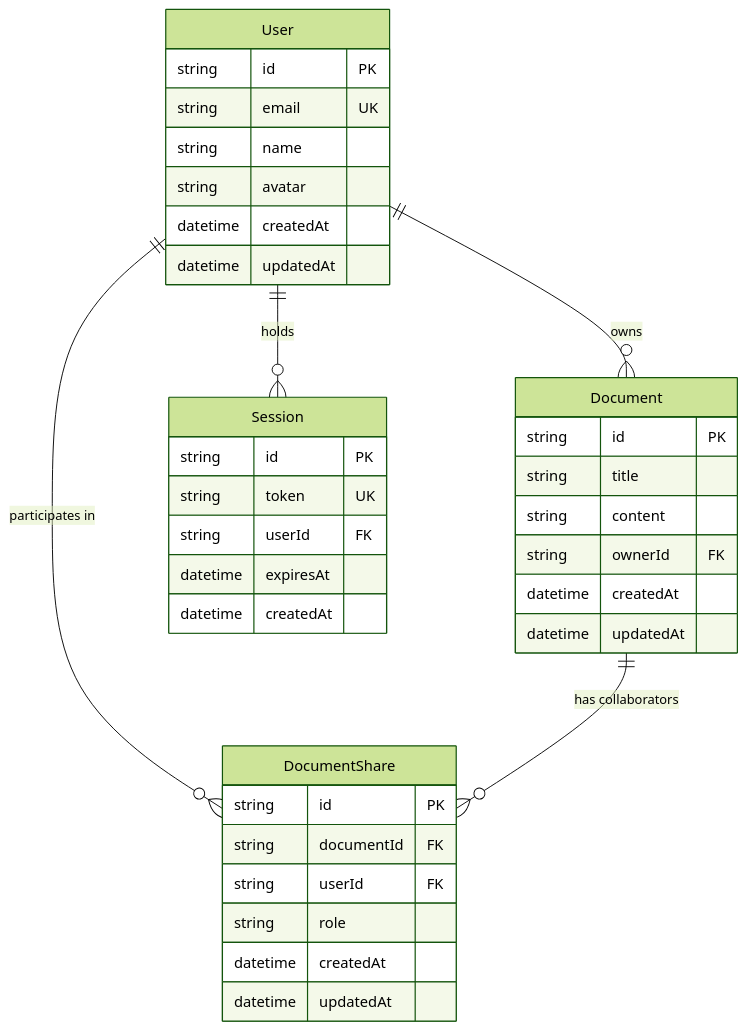
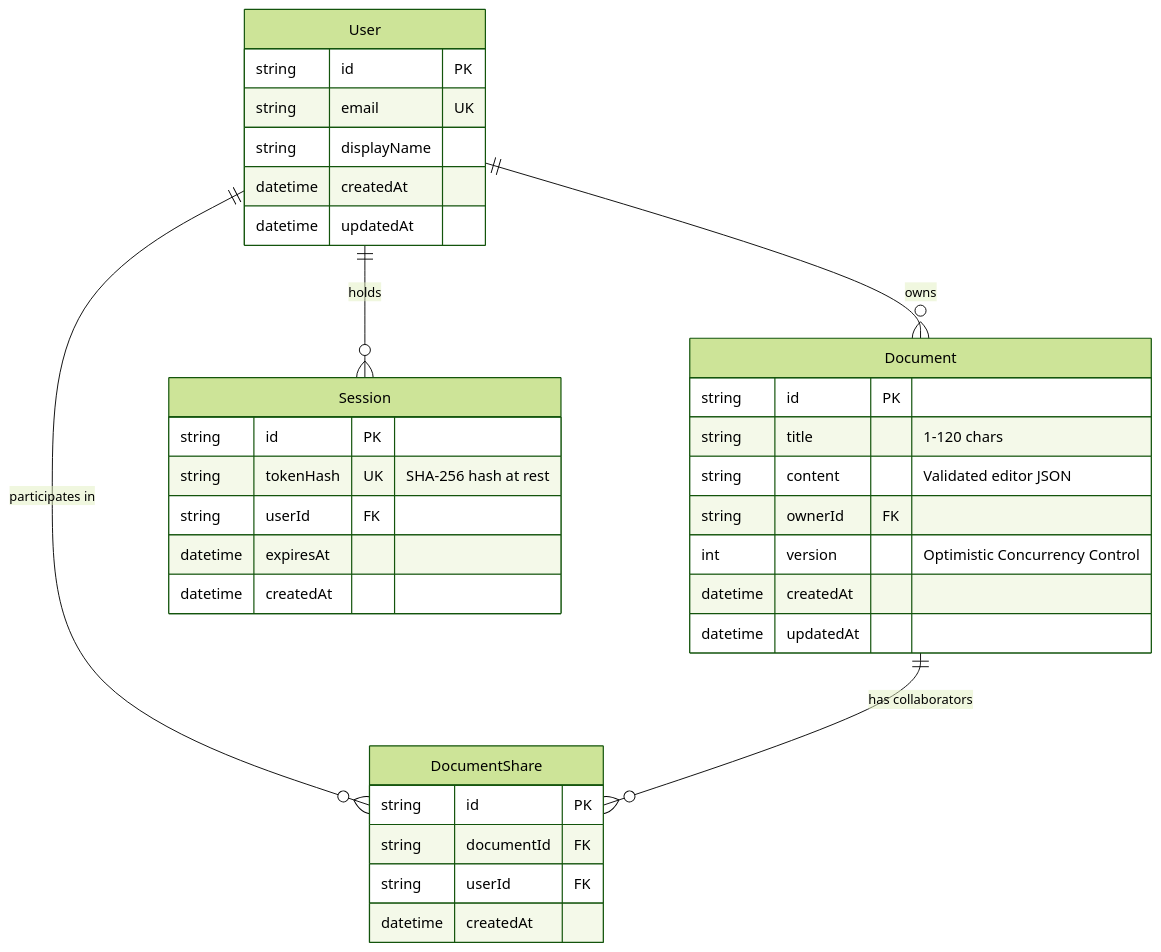
One commit to vishant8491/DraftSpace changed the second of 2 diagrams in ARCHITECTURE.md. Above: the diagram before and after it, drawn with Mermaid (forest theme). The commit also changed other lines of this file and 27 other files, not shown here.

Commit message:
feat: implement persistent backend, optimistic concurrency, and strict authorization

````diff
--- a/ARCHITECTURE.md
+++ b/ARCHITECTURE.md
@@ -109,42 +53,40 @@
 ```mermaid
 erDiagram
     User ||--o{ Document : "owns"
     User ||--o{ DocumentShare : "participates in"
     User ||--o{ Session : "holds"
     Document ||--o{ DocumentShare : "has collaborators"
 
     User {
         string id PK
         string email UK
-        string name
-        string avatar
+        string displayName
         datetime createdAt
         datetime updatedAt
     }
 
+    Session {
+        string id PK
+        string tokenHash UK "SHA-256 hash at rest"
+        string userId FK
+        datetime expiresAt
+        datetime createdAt
+    }
+
     Document {
         string id PK
-        string title
-        string content
+        string title "1-120 chars"
+        string content "Validated editor JSON"
         string ownerId FK
+        int version "Optimistic Concurrency Control"
         datetime createdAt
         datetime updatedAt
     }
 
     DocumentShare {
         string id PK
         string documentId FK
         string userId FK
-        string role
-        datetime createdAt
-        datetime updatedAt
-    }
-
-    Session {
-        string id PK
-        string token UK
-        string userId FK
-        datetime expiresAt
         datetime createdAt
     }
 ```
````
